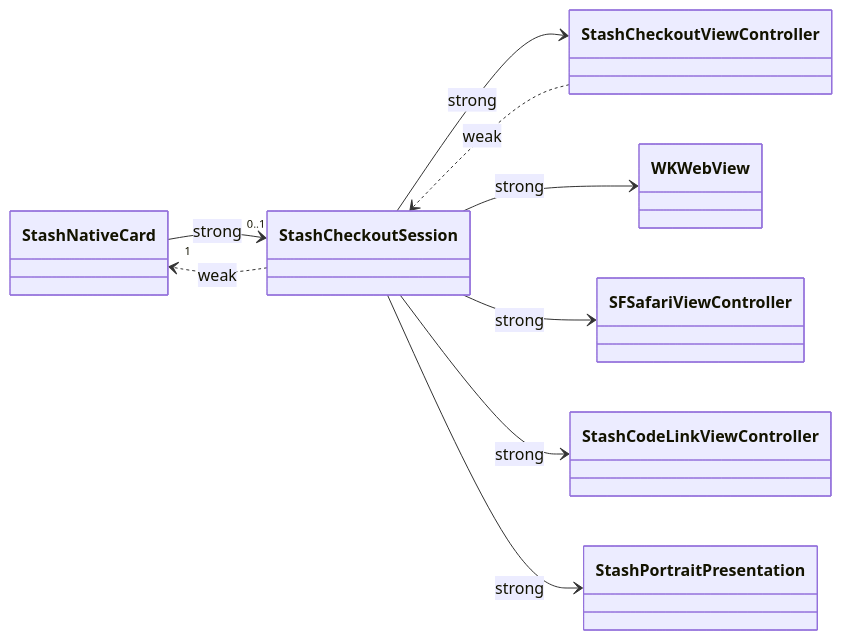
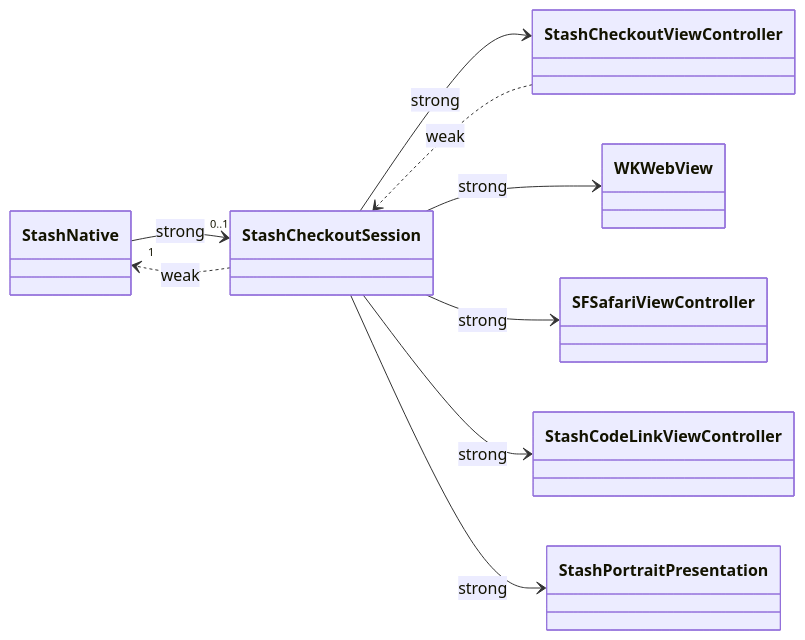
One commit to stashgg/stash-native changed the first of 2 diagrams in docs/architecture/ios.md. Above: the diagram before and after it, drawn with Mermaid. The commit also changed other lines of this file and 92 other files, not shown here.

````diff
--- a/docs/architecture/ios.md
+++ b/docs/architecture/ios.md
@@ -38,20 +38,20 @@
 ```mermaid
 classDiagram
     direction LR
-    class StashNativeCard
+    class StashNative
     class StashCheckoutSession
     class StashCheckoutViewController
     class StashCodeLinkViewController
     class StashPortraitPresentation
     class WKWebView
     class SFSafariViewController
 
-    StashNativeCard "1" --> "0..1" StashCheckoutSession : strong
+    StashNative "1" --> "0..1" StashCheckoutSession : strong
     StashCheckoutSession --> StashCheckoutViewController : strong
     StashCheckoutSession --> WKWebView : strong
     StashCheckoutSession --> SFSafariViewController : strong
     StashCheckoutSession --> StashCodeLinkViewController : strong
     StashCheckoutSession --> StashPortraitPresentation : strong
     StashCheckoutViewController ..> StashCheckoutSession : weak
-    StashCheckoutSession ..> StashNativeCard : weak
+    StashCheckoutSession ..> StashNative : weak
 ```
````
